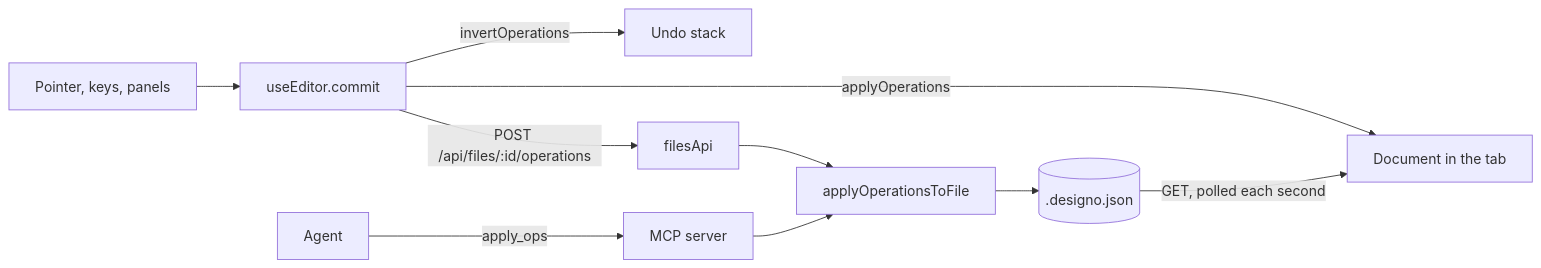
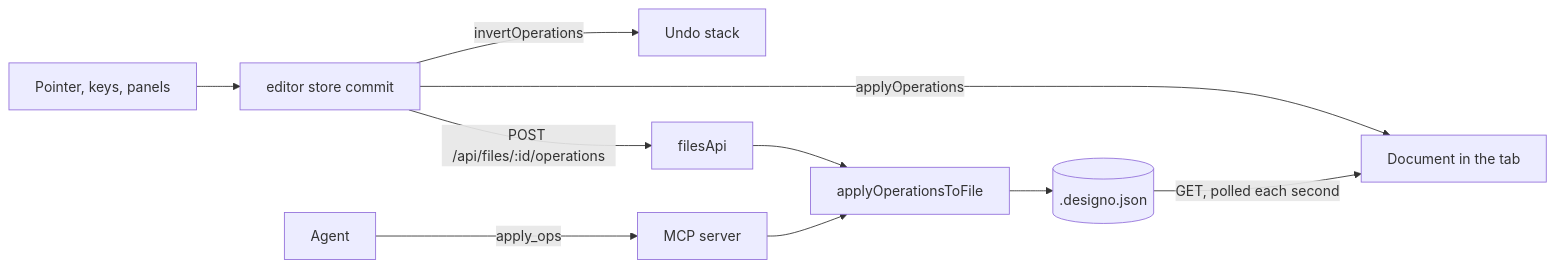
Before and after one commit to cnotv/designo: the diagram in documentation/docs/architecture.md, drawn with Mermaid. The commit also changed other lines of this file and 36 other files, not shown here.

````diff
--- a/documentation/docs/architecture.md
+++ b/documentation/docs/architecture.md
@@ -66,12 +66,12 @@
 ```mermaid
 flowchart LR
-  pointer[Pointer, keys, panels] --> editor[useEditor.commit]
+  pointer[Pointer, keys, panels] --> editor[editor store commit]
   editor -->|applyOperations| local[Document in the tab]
   editor -->|invertOperations| history[Undo stack]
   editor -->|POST /api/files/:id/operations| api[filesApi]
   agent[Agent] -->|apply_ops| mcp[MCP server]
   api --> apply[applyOperationsToFile]
   mcp --> apply
   apply --> disk[(.designo.json)]
   disk -->|GET, polled each second| local
 ```
````
